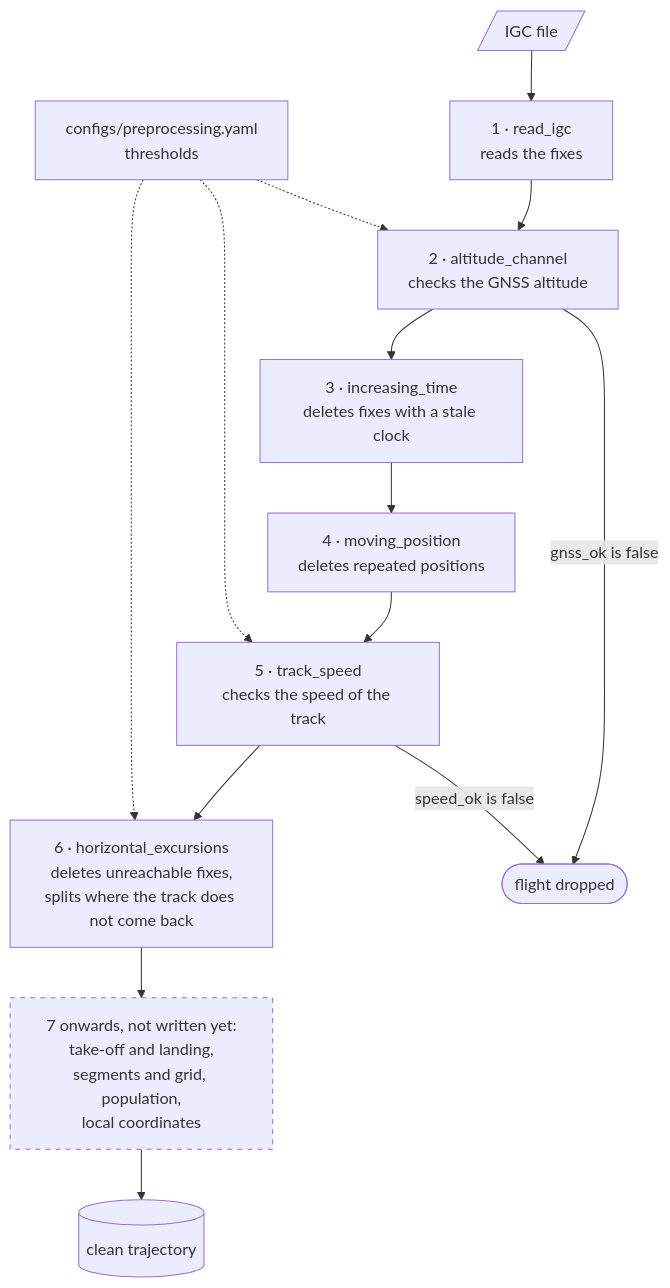
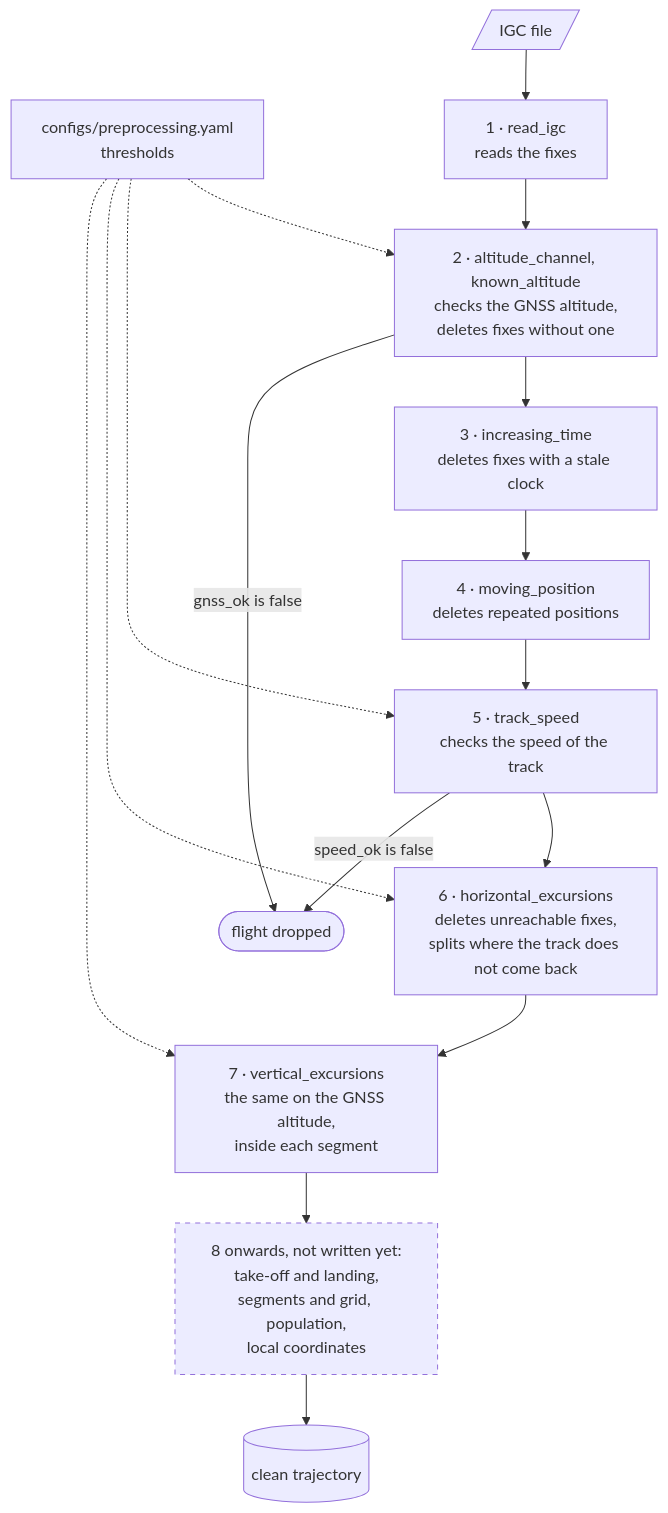
The diagram in docs/preprocessing.md (matteodisante/xc-dynamics), drawn with Mermaid before and after one commit. The commit also changed other lines of this file and 4 other files, not shown here.

````diff
--- a/docs/preprocessing.md
+++ b/docs/preprocessing.md
@@ -11,24 +11,26 @@
 ```mermaid
 flowchart TD
     igc[/"IGC file"/]
     cfg["configs/preprocessing.yaml<br>thresholds"]
     read["1 · read_igc<br>reads the fixes"]
-    alt["2 · altitude_channel<br>checks the GNSS altitude"]
+    alt["2 · altitude_channel, known_altitude<br>checks the GNSS altitude,<br>deletes fixes without one"]
     clock["3 · increasing_time<br>deletes fixes with a stale clock"]
     rep["4 · moving_position<br>deletes repeated positions"]
     speed["5 · track_speed<br>checks the speed of the track"]
     exc["6 · horizontal_excursions<br>deletes unreachable fixes,<br>splits where the track does not come back"]
-    todo["7 onwards, not written yet:<br>take-off and landing,<br>segments and grid, population,<br>local coordinates"]
+    vert["7 · vertical_excursions<br>the same on the GNSS altitude,<br>inside each segment"]
+    todo["8 onwards, not written yet:<br>take-off and landing,<br>segments and grid, population,<br>local coordinates"]
     out[("clean trajectory")]
     drop(["flight dropped"])
 
-    igc --> read --> alt --> clock --> rep --> speed --> exc --> todo --> out
+    igc --> read --> alt --> clock --> rep --> speed --> exc --> vert --> todo --> out
     alt -->|"gnss_ok is false"| drop
     speed -->|"speed_ok is false"| drop
     cfg -.-> alt
     cfg -.-> speed
     cfg -.-> exc
+    cfg -.-> vert
 
     classDef pending stroke-dasharray: 5 5
     class todo pending
 ```
````
